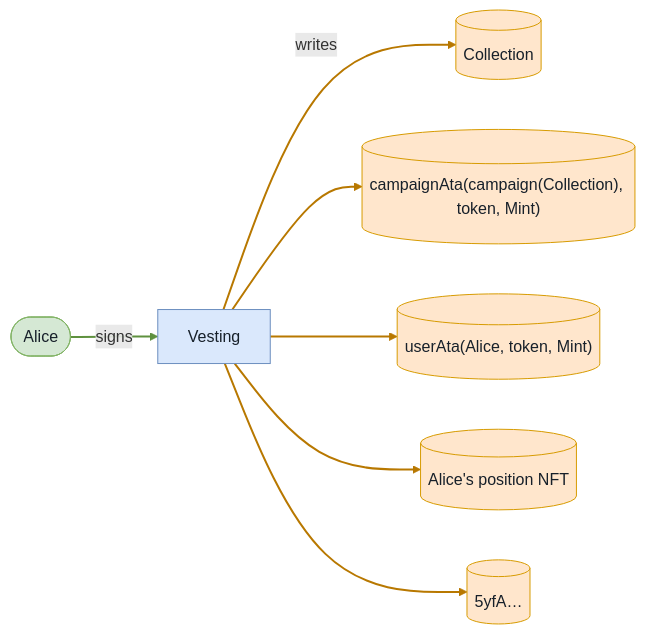
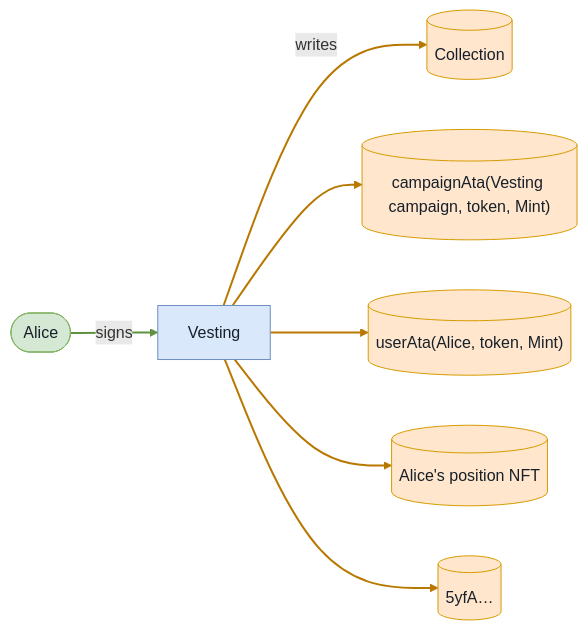
Diagram 11 of 12 in babelfish-tests/test-report/vested_tokens_are_forfeited_past_the_grace_window.md (cds-turbin3/vesting-position), drawn with Mermaid before and after one commit. The commit also changed other lines of this file and 104 other files, not shown here.

````diff
--- a/babelfish-tests/test-report/vested_tokens_are_forfeited_past_the_grace_window.md
+++ b/babelfish-tests/test-report/vested_tokens_are_forfeited_past_the_grace_window.md
@@ -518,21 +518,21 @@
 ```mermaid
 flowchart LR
     Vesting["Vesting"]:::program
     Alice(["Alice"]):::signer
     Collection[("Collection")]:::state
-    campaignAtacampaignCollectiontokenMint[("campaignAta(campaign(Collection), token, Mint)")]:::state
+    campaignAtaVestingcampaigntokenMint[("campaignAta(Vesting campaign, token, Mint)")]:::state
     userAtaAlicetokenMint[("userAta(Alice, token, Mint)")]:::state
     AlicespositionNFT[("Alice's position NFT")]:::state
     n5yfA[("5yfA…")]:::state
     Alice -->|signs| Vesting
     Vesting -->|writes| Collection
-    Vesting --> campaignAtacampaignCollectiontokenMint
+    Vesting --> campaignAtaVestingcampaigntokenMint
     Vesting --> userAtaAlicetokenMint
     Vesting --> AlicespositionNFT
     Vesting --> n5yfA
     classDef program fill:#dae8fc,stroke:#6c8ebf,color:#17202a;
     classDef signer fill:#d5e8d4,stroke:#82b366,color:#17202a;
     classDef state fill:#ffe6cc,stroke:#d79b00,color:#17202a;
     linkStyle 0 stroke:#5f913f,stroke-width:2px
     linkStyle 1,2,3,4,5 stroke:#b87800,stroke-width:2px
 ```
````
